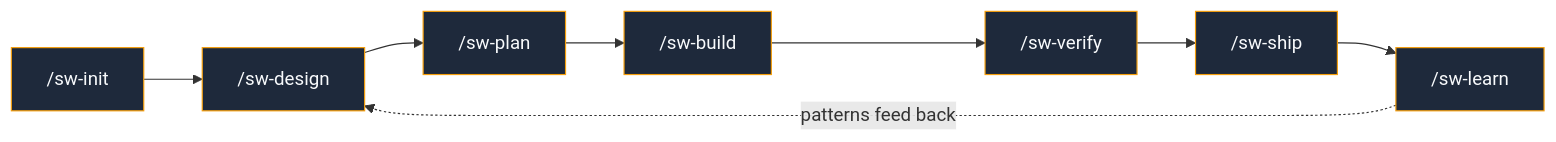
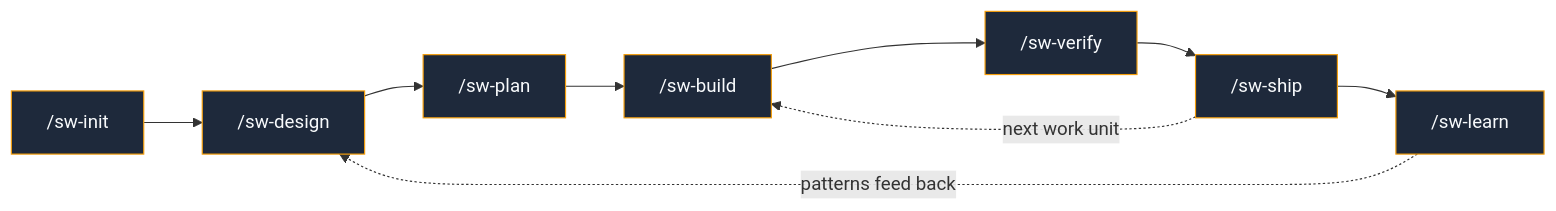
The diagram in README.md (Obsidian-Owl/specwright), drawn with Mermaid before and after one commit. The commit also changed other lines of this file, not shown here.

First line of the commit message:
fix(docs): correct README workflow description and diagram

````diff
--- a/README.md
+++ b/README.md
@@ -55,18 +55,19 @@
 ```mermaid
 graph LR
     A["/sw-init"] --> B["/sw-design"]
     B --> C["/sw-plan"]
     C --> D["/sw-build"]
     D --> E["/sw-verify"]
     E --> F["/sw-ship"]
+    F -.->|next work unit| D
     F --> G["/sw-learn"]
     G -.->|patterns feed back| B
 
     style A fill:#1e293b,stroke:#f59e0b,color:#f8fafc
     style B fill:#1e293b,stroke:#f59e0b,color:#f8fafc
     style C fill:#1e293b,stroke:#f59e0b,color:#f8fafc
     style D fill:#1e293b,stroke:#f59e0b,color:#f8fafc
     style E fill:#1e293b,stroke:#f59e0b,color:#f8fafc
     style F fill:#1e293b,stroke:#f59e0b,color:#f8fafc
     style G fill:#1e293b,stroke:#f59e0b,color:#f8fafc
 ```
````
